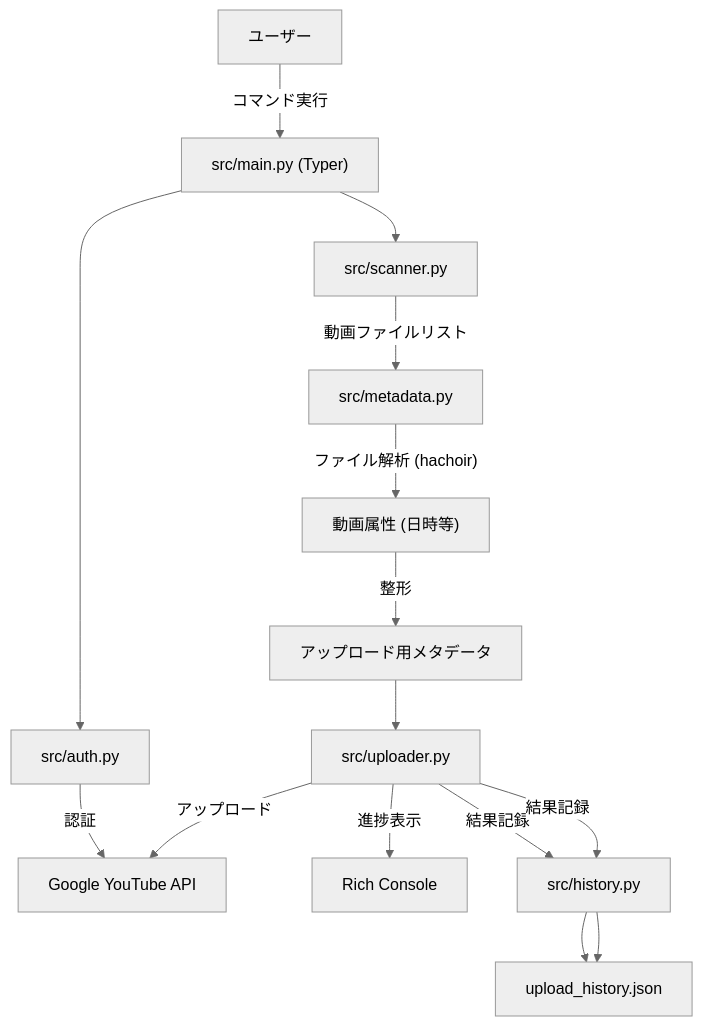
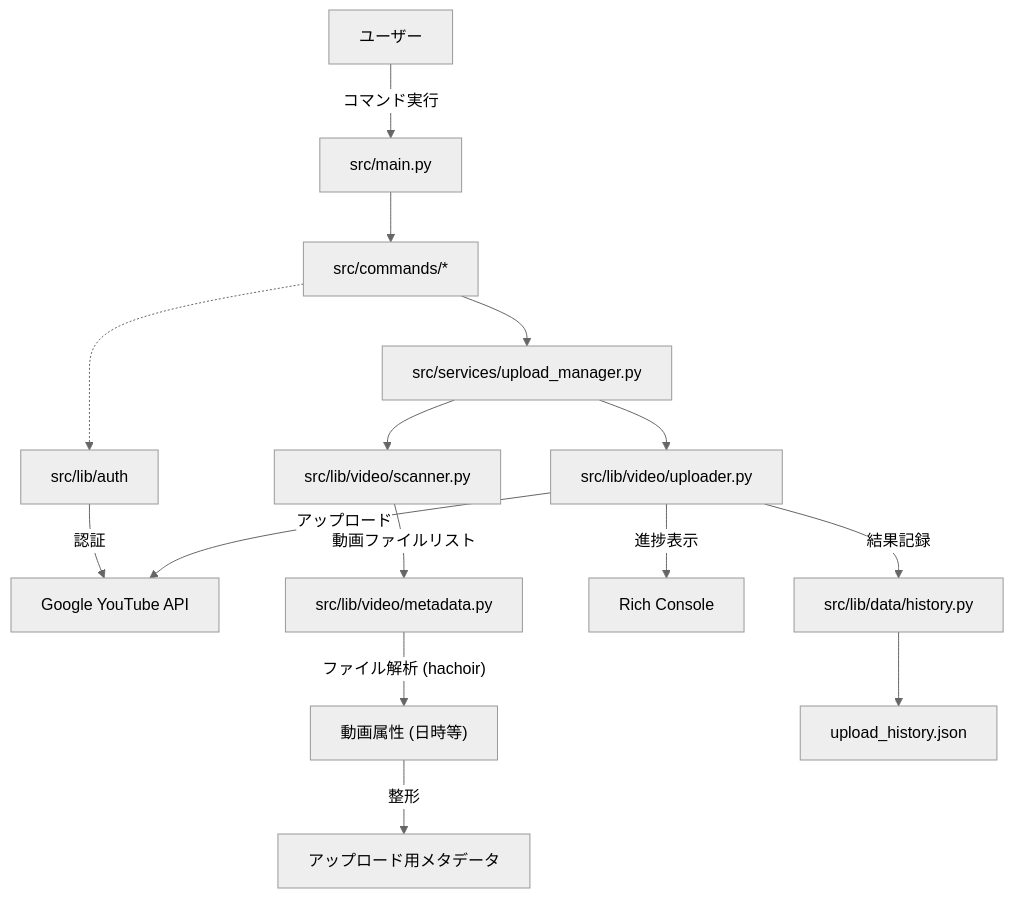
Before and after one commit to ysakae/youtube-bulkup: the diagram in docs/ARCHITECTURE.md, drawn with Mermaid (neutral theme). The commit also changed other lines of this file, not shown here.

Commit message:
Docs: Update ARCHITECTURE.md to reflect modularized structure

````diff
--- a/docs/ARCHITECTURE.md
+++ b/docs/ARCHITECTURE.md
@@ -38,21 +37,22 @@
 ```mermaid
 graph TD
-    User[ユーザー] -->|コマンド実行| CLI["src/main.py (Typer)"]
-    CLI --> Auth["src/auth.py"]
+    User[ユーザー] -->|コマンド実行| CLI["src/main.py"]
+    CLI --> Commands["src/commands/*"]
+    Commands --> Service["src/services/upload_manager.py"]
+    
+    Commands -.-> Auth["src/lib/auth"]
     Auth -->|認証| YoutubeAPI[Google YouTube API]
     
-    CLI --> Scanner["src/scanner.py"]
-    Scanner -->|動画ファイルリスト| Metadata["src/metadata.py"]
+    Service --> Scanner["src/lib/video/scanner.py"]
+    Scanner -->|動画ファイルリスト| Metadata["src/lib/video/metadata.py"]
     
     Metadata -->|"ファイル解析 (hachoir)"| FileInfo["動画属性 (日時等)"]
     FileInfo -->|整形| UploadMeta[アップロード用メタデータ]
     
-    UploadMeta --> Uploader["src/uploader.py"]
+    Service --> Uploader["src/lib/video/uploader.py"]
     Uploader -->|アップロード| YoutubeAPI
     Uploader -->|進捗表示| UI[Rich Console]
     
-    Uploader -->|結果記録| History["src/history.py"]
-    History --> HistoryFile[upload_history.json]
-    Uploader -->|結果記録| History["src/history.py"]
+    Uploader -->|結果記録| History["src/lib/data/history.py"]
     History --> HistoryFile[upload_history.json]
 ```
````
